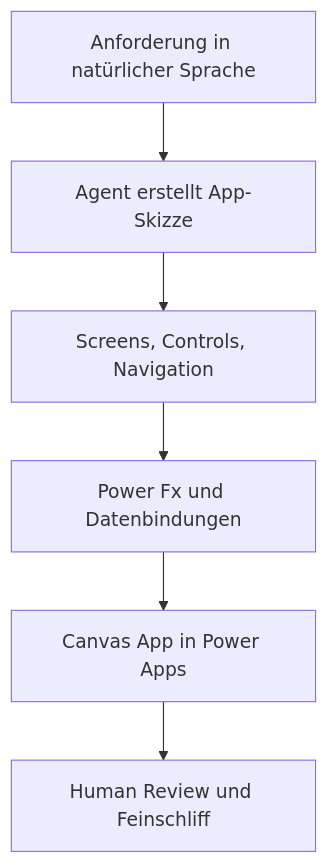
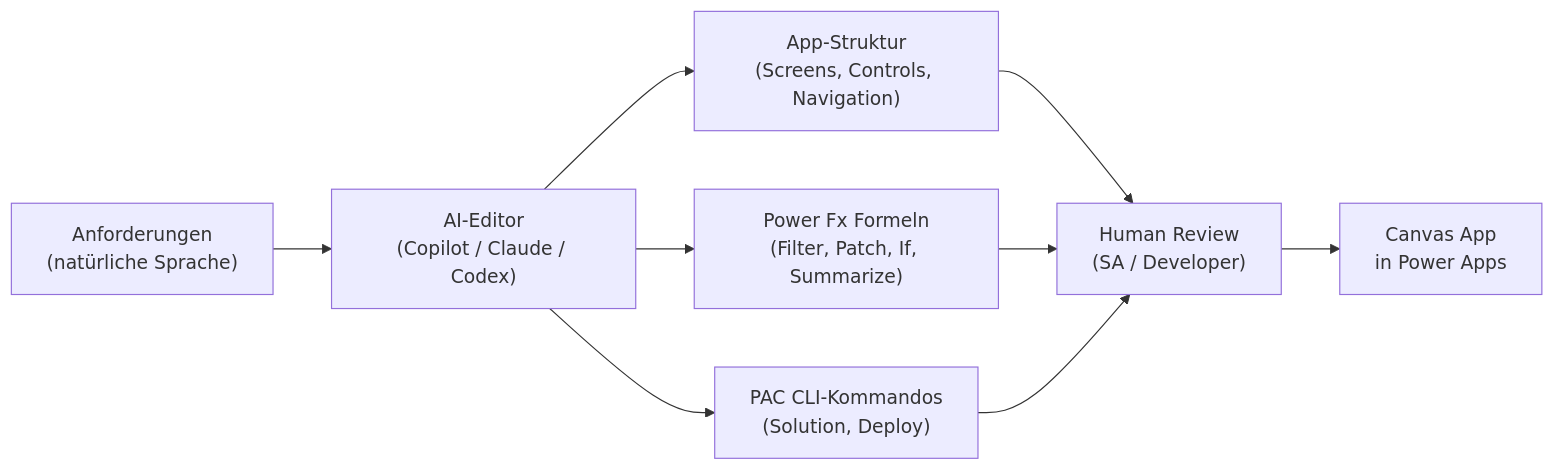
The diagram in m09-agentic-ai-mcp/0904-canvas-apps-mit-ki/theorie.md (kodschul/kodschul-sol-arch), drawn with Mermaid before and after one commit. The commit also changed other lines of this file and 22 other files, not shown here.

````diff
--- a/m09-agentic-ai-mcp/0904-canvas-apps-mit-ki/theorie.md
+++ b/m09-agentic-ai-mcp/0904-canvas-apps-mit-ki/theorie.md
@@ -87,8 +26,11 @@
 ```mermaid
-flowchart TD
-    A["Anforderung in natürlicher Sprache"] --> B["Agent erstellt App-Skizze"]
-    B --> C["Screens, Controls, Navigation"]
-    C --> D["Power Fx und Datenbindungen"]
-    D --> E["Canvas App in Power Apps"]
-    E --> F["Human Review und Feinschliff"]
+flowchart LR
+    REQ["Anforderungen\n(natürliche Sprache)"] --> AI["AI-Editor\n(Copilot / Claude / Codex)"]
+    AI --> STRUCT["App-Struktur\n(Screens, Controls, Navigation)"]
+    AI --> FX["Power Fx Formeln\n(Filter, Patch, If, Summarize)"]
+    AI --> CLI["PAC CLI-Kommandos\n(Solution, Deploy)"]
+    STRUCT --> REVIEW["Human Review\n(SA / Developer)"]
+    FX --> REVIEW
+    CLI --> REVIEW
+    REVIEW --> APP["Canvas App\nin Power Apps"]
 ```
````
